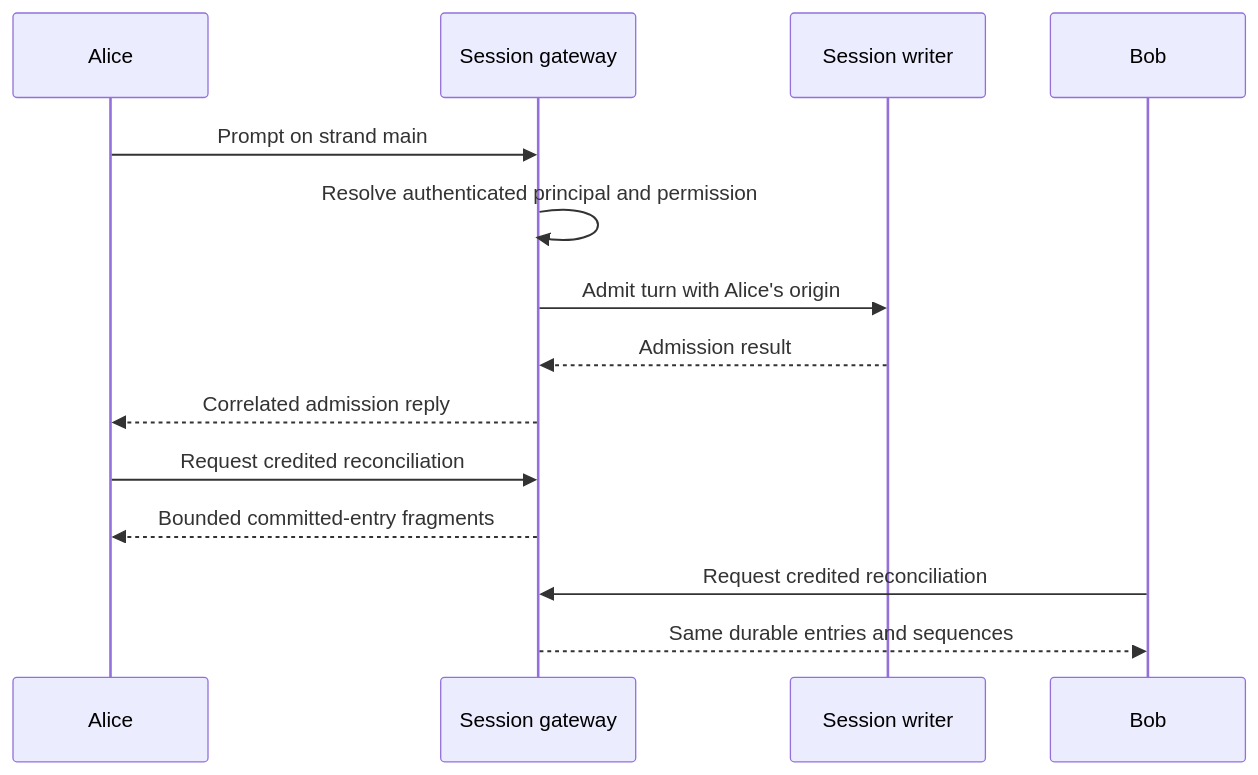
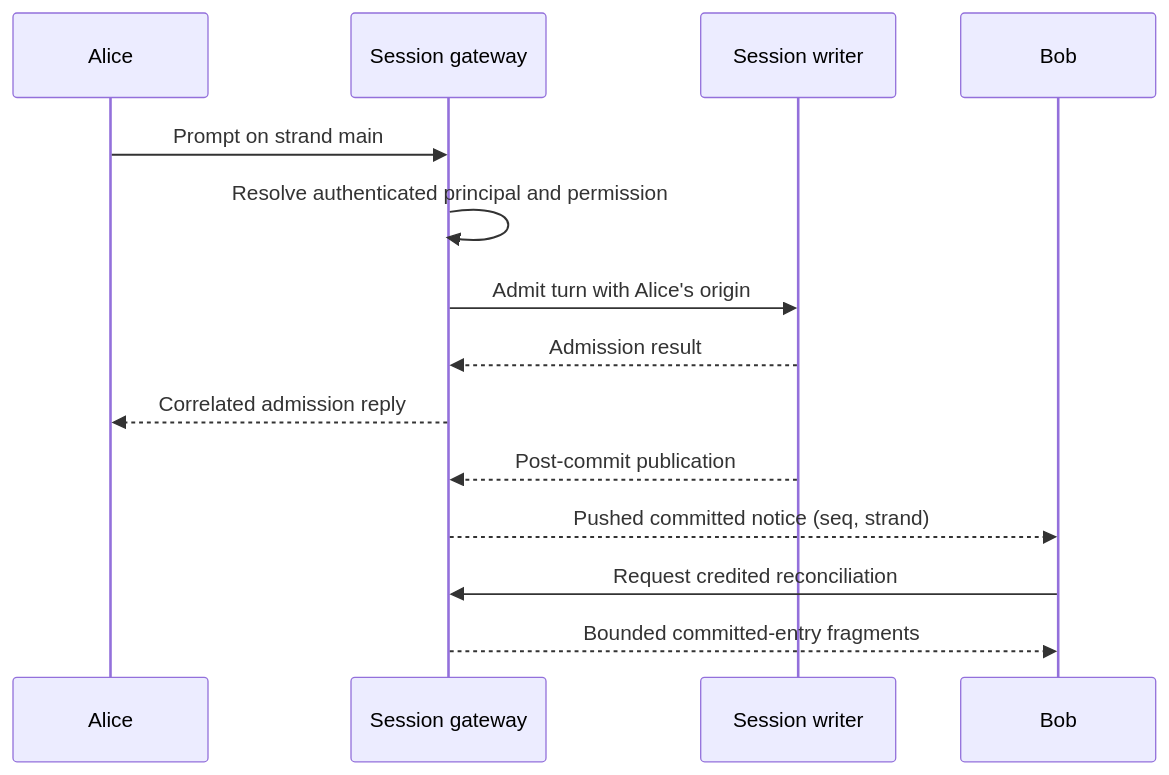
Before and after one commit to Roasbeef/loom: the diagram in docs/architecture/multiplayer.md, drawn with Mermaid. The commit also changed other lines of this file, not shown here.

````diff
--- a/docs/architecture/multiplayer.md
+++ b/docs/architecture/multiplayer.md
@@ -83,16 +94,16 @@
 ```mermaid
 sequenceDiagram
     participant A as Alice
     participant G as Session gateway
     participant W as Session writer
     participant B as Bob
     A->>G: Prompt on strand main
     G->>G: Resolve authenticated principal and permission
     G->>W: Admit turn with Alice's origin
     W-->>G: Admission result
     G-->>A: Correlated admission reply
-    A->>G: Request credited reconciliation
-    G-->>A: Bounded committed-entry fragments
+    W-->>G: Post-commit publication
+    G-->>B: Pushed committed notice (seq, strand)
     B->>G: Request credited reconciliation
-    G-->>B: Same durable entries and sequences
+    G-->>B: Bounded committed-entry fragments
 ```
````
